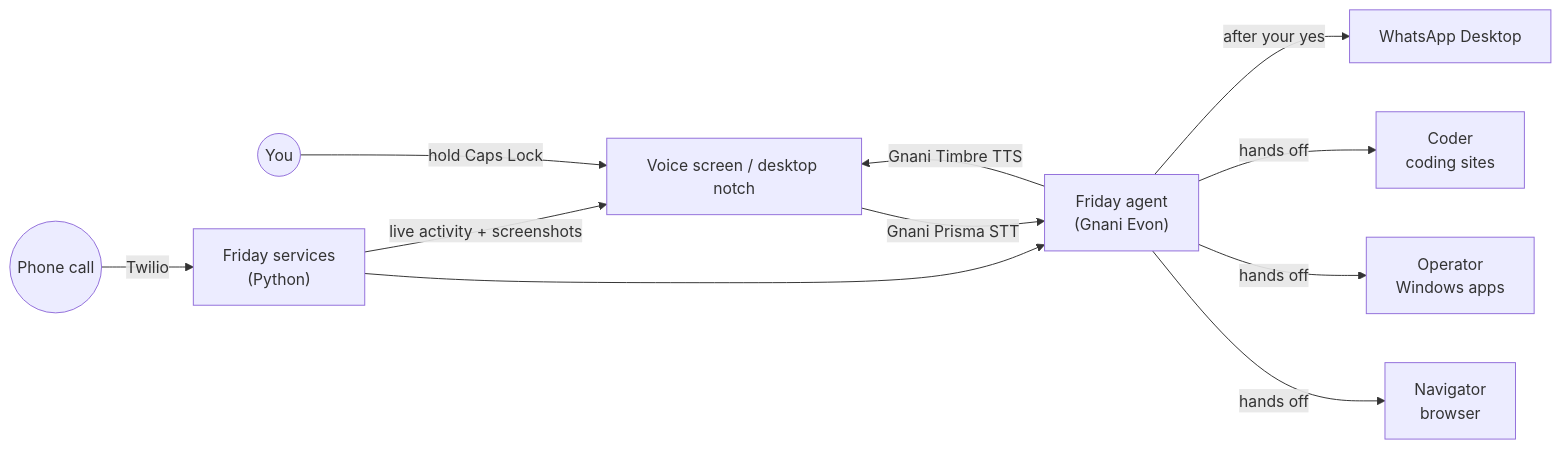
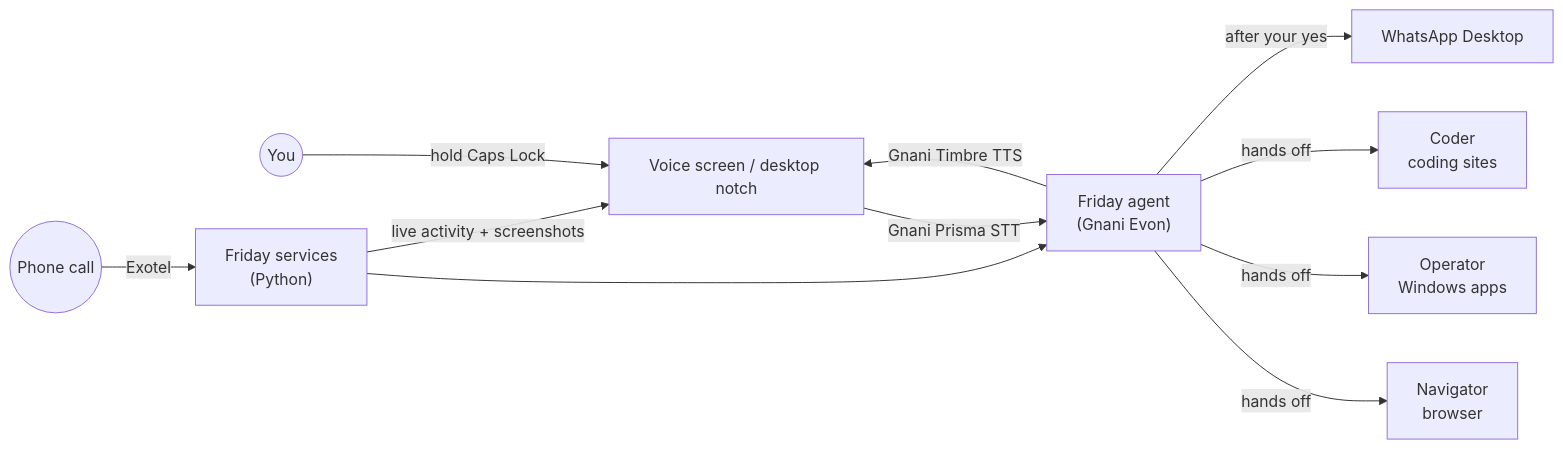
The diagram in README.md (prem-2006/Friday-AI), drawn with Mermaid before and after one commit. The commit also changed other lines of this file and 30 other files, not shown here.

First line of the commit message:
Friday's own calls move to Exotel: Twilio is gone, Sarvam carries calls until then

````diff
--- a/README.md
+++ b/README.md
@@ -35,13 +35,13 @@
 ```mermaid
 flowchart LR
   You((You)) -- hold Caps Lock --> Stage["Voice screen / desktop notch"]
   Stage -- Gnani Prisma STT --> Friday["Friday agent<br/>(Gnani Evon)"]
   Friday -- Gnani Timbre TTS --> Stage
   Friday -- hands off --> Navigator["Navigator<br/>browser"]
   Friday -- hands off --> Operator["Operator<br/>Windows apps"]
   Friday -- hands off --> Coder["Coder<br/>coding sites"]
   Friday -- after your yes --> WA["WhatsApp Desktop"]
-  Phone((Phone call)) -- Twilio --> Services["Friday services<br/>(Python)"]
+  Phone((Phone call)) -- Exotel --> Services["Friday services<br/>(Python)"]
   Services --> Friday
   Services -- live activity + screenshots --> Stage
 ```
````
